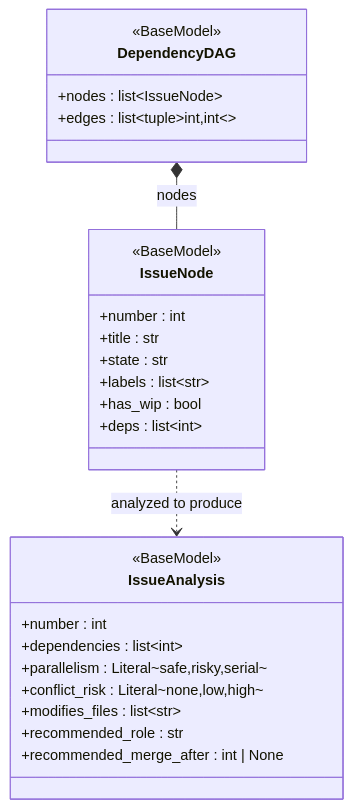
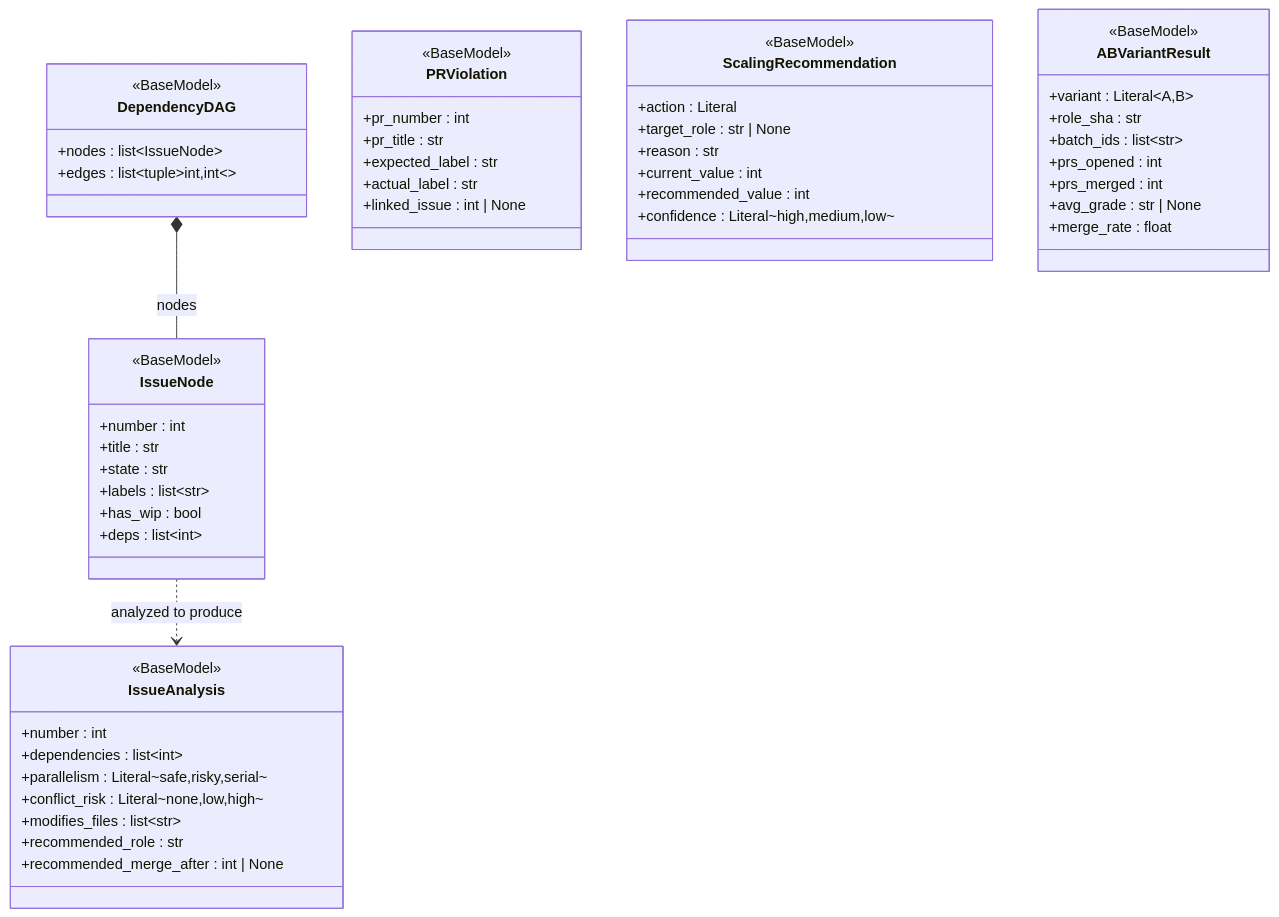
One commit to cgcardona/agentception changed the eighth of 9 diagrams in docs/reference/type-contracts.md. Above: the diagram before and after it, drawn with Mermaid. The commit also changed other lines of this file and 1 other file, not shown here.

````diff
--- a/docs/reference/type-contracts.md
+++ b/docs/reference/type-contracts.md
@@ -1587,30 +2144,57 @@
 ```mermaid
 classDiagram
     class IssueNode {
         <<BaseModel>>
         +number : int
         +title : str
         +state : str
         +labels : list~str~
         +has_wip : bool
         +deps : list~int~
     }
     class DependencyDAG {
         <<BaseModel>>
         +nodes : list~IssueNode~
         +edges : list~tuple~int,int~~
     }
     class IssueAnalysis {
         <<BaseModel>>
         +number : int
         +dependencies : list~int~
         +parallelism : Literal~safe,risky,serial~
         +conflict_risk : Literal~none,low,high~
         +modifies_files : list~str~
         +recommended_role : str
         +recommended_merge_after : int | None
     }
+    class PRViolation {
+        <<BaseModel>>
+        +pr_number : int
+        +pr_title : str
+        +expected_label : str
+        +actual_label : str
+        +linked_issue : int | None
+    }
+    class ScalingRecommendation {
+        <<BaseModel>>
+        +action : Literal
+        +target_role : str | None
+        +reason : str
+        +current_value : int
+        +recommended_value : int
+        +confidence : Literal~high,medium,low~
+    }
+    class ABVariantResult {
+        <<BaseModel>>
+        +variant : Literal~A,B~
+        +role_sha : str
+        +batch_ids : list~str~
+        +prs_opened : int
+        +prs_merged : int
+        +avg_grade : str | None
+        +merge_rate : float
+    }
 
     DependencyDAG *-- IssueNode : nodes
     IssueNode ..> IssueAnalysis : analyzed to produce
 ```
````
